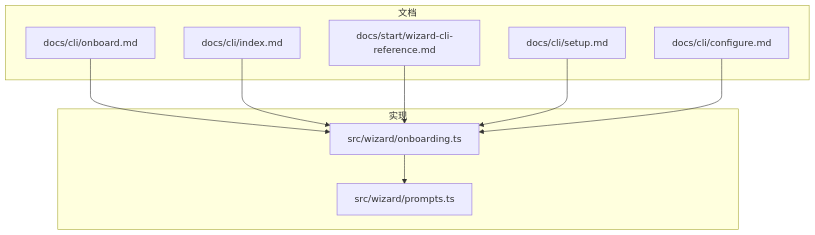
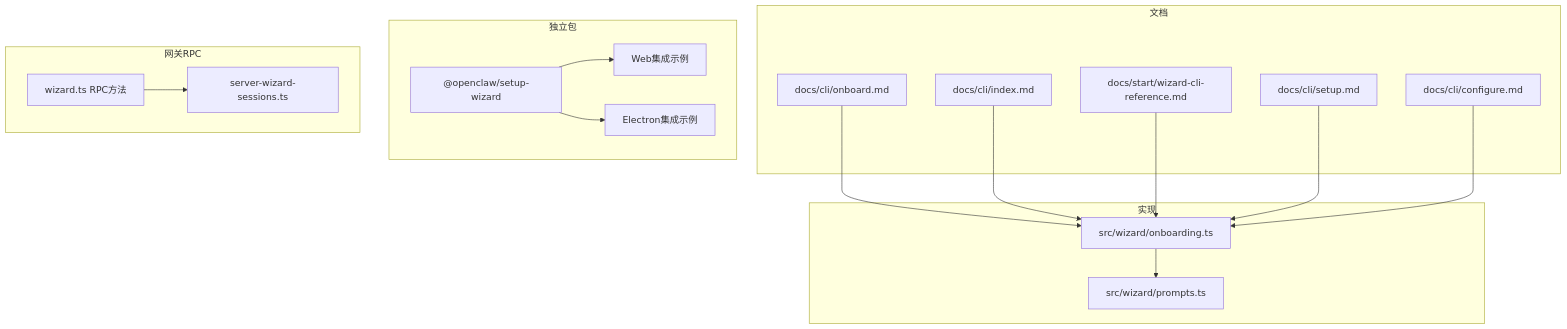
Before and after one commit to verse-ai-org/openclaw: the first of 4 diagrams in .qoder/repowiki/zh/content/向导CLI参考.md, drawn with Mermaid. The commit also changed other lines of this file and 78 other files, not shown here.

````diff
--- a/.qoder/repowiki/zh/content/向导CLI参考.md
+++ b/.qoder/repowiki/zh/content/向导CLI参考.md
@@ -34,20 +50,32 @@
 ```mermaid
 graph TB
 subgraph "文档"
 D1["docs/cli/onboard.md"]
 D2["docs/cli/index.md"]
 D3["docs/start/wizard-cli-reference.md"]
 D4["docs/cli/setup.md"]
 D5["docs/cli/configure.md"]
 end
 subgraph "实现"
 C1["src/wizard/onboarding.ts"]
 C2["src/wizard/prompts.ts"]
 end
+subgraph "独立包"
+P1["@openclaw/setup-wizard"]
+P2["Web集成示例"]
+P3["Electron集成示例"]
+end
+subgraph "网关RPC"
+G1["wizard.ts RPC方法"]
+G2["server-wizard-sessions.ts"]
+end
 D1 --> C1
 D2 --> C1
 D3 --> C1
 D4 --> C1
 D5 --> C1
 C1 --> C2
+P1 --> P2
+P1 --> P3
+G1 --> G2
 ```
````
